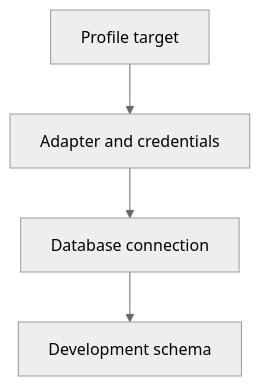
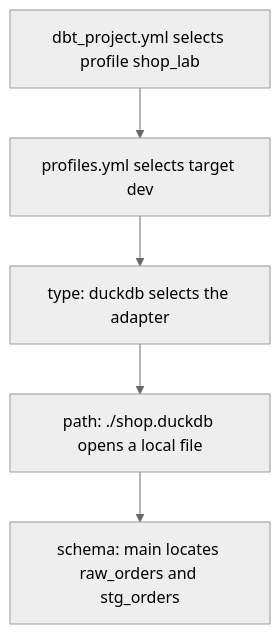
The diagram in docs/lessons/0004-adapters-profiles-and-the-local-shop-lab.md (Rohit1024/dbt-learn), drawn with Mermaid (neutral theme) before and after one commit. The commit also changed other lines of this file and 4 other files, not shown here.

````diff
--- a/docs/lessons/0004-adapters-profiles-and-the-local-shop-lab.md
+++ b/docs/lessons/0004-adapters-profiles-and-the-local-shop-lab.md
@@ -12,8 +13,7 @@
 ```mermaid
 flowchart TD
-    A["Profile target"]
-    B["Adapter and credentials"]
-    C["Database connection"]
-    D["Development schema"]
-    A --> B --> C --> D
+    A["dbt_project.yml selects profile shop_lab"] --> B["profiles.yml selects target dev"]
+    B --> C["type: duckdb selects the adapter"]
+    C --> D["path: ./shop.duckdb opens a local file"]
+    D --> E["schema: main locates raw_orders and stg_orders"]
 ```
````
